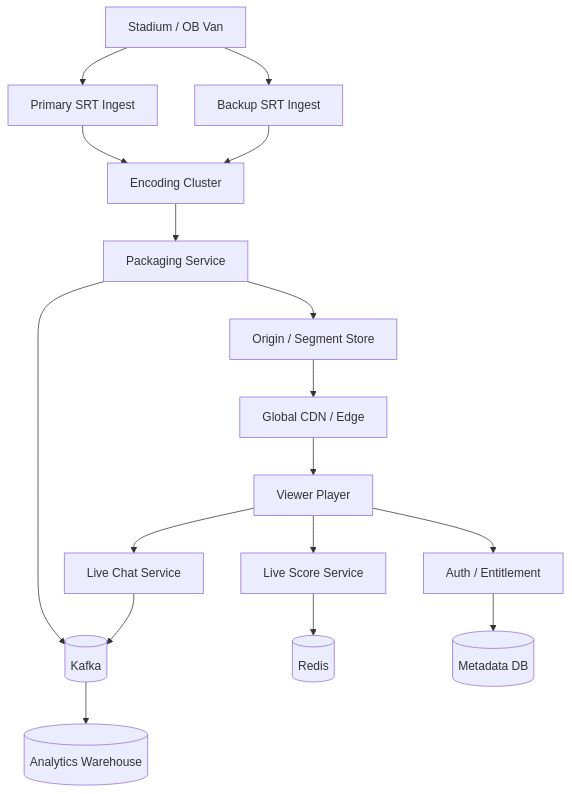
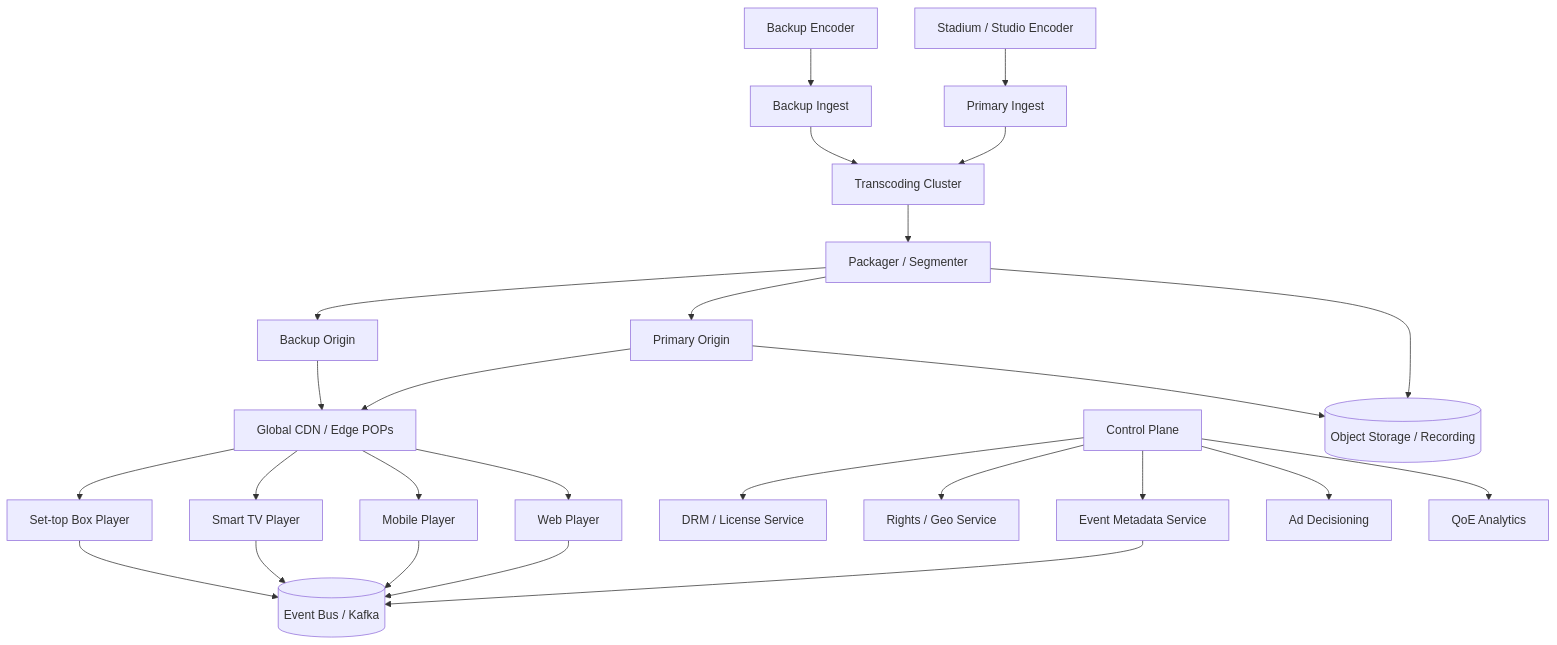
One commit to gojosatoru123-ux/CacheU changed diagram 16 of 16 in src/content/design-a-live-streaming-service.md. Above: the diagram before and after it, drawn with Mermaid. The commit also changed other lines of this file and 13 other files, not shown here.

````diff
--- a/src/content/design-a-live-streaming-service.md
+++ b/src/content/design-a-live-streaming-service.md
@@ -955,37 +1146,57 @@
 ```mermaid
 flowchart TB
-    Stadium[Stadium / OB Van]
-    Ingest1[Primary SRT Ingest]
-    Ingest2[Backup SRT Ingest]
-    Encode[Encoding Cluster]
-    Package[Packaging Service]
-    Origin[Origin / Segment Store]
-    CDN[Global CDN / Edge]
-    Player[Viewer Player]
-    Auth[Auth / Entitlement]
-    Score[Live Score Service]
-    Chat[Live Chat Service]
-    Kafka[(Kafka)]
-    Redis[(Redis)]
-    DB[(Metadata DB)]
-    Analytics[(Analytics Warehouse)]
+    Broadcaster[Stadium / Studio Encoder]
+    BackupBroadcaster[Backup Encoder]
 
-    Stadium --> Ingest1
-    Stadium --> Ingest2
-    Ingest1 --> Encode
-    Ingest2 --> Encode
-    Encode --> Package
-    Package --> Origin
-    Origin --> CDN
-    CDN --> Player
+    Ingest1[Primary Ingest]
+    Ingest2[Backup Ingest]
+    Transcode[Transcoding Cluster]
+    Packager[Packager / Segmenter]
+    Origin1[Primary Origin]
+    Origin2[Backup Origin]
+    CDN[Global CDN / Edge POPs]
 
-    Player --> Auth
-    Player --> Score
-    Player --> Chat
+    Player1[Web Player]
+    Player2[Mobile Player]
+    Player3[Smart TV Player]
+    Player4[Set-top Box Player]
 
-    Package --> Kafka
-    Score --> Redis
-    Chat --> Kafka
-    Kafka --> Analytics
-    Auth --> DB
+    ControlPlane[Control Plane]
+    DRM[DRM / License Service]
+    Rights[Rights / Geo Service]
+    Meta[Event Metadata Service]
+    Ads[Ad Decisioning]
+    Analytics[QoE Analytics]
+    StreamBus[(Event Bus / Kafka)]
+    Archive[(Object Storage / Recording)]
+
+    Broadcaster --> Ingest1
+    BackupBroadcaster --> Ingest2
+    Ingest1 --> Transcode
+    Ingest2 --> Transcode
+    Transcode --> Packager
+    Packager --> Origin1
+    Packager --> Origin2
+    Origin1 --> CDN
+    Origin2 --> CDN
+
+    CDN --> Player1
+    CDN --> Player2
+    CDN --> Player3
+    CDN --> Player4
+
+    ControlPlane --> DRM
+    ControlPlane --> Rights
+    ControlPlane --> Meta
+    ControlPlane --> Ads
+    ControlPlane --> Analytics
+
+    Meta --> StreamBus
+    Player1 --> StreamBus
+    Player2 --> StreamBus
+    Player3 --> StreamBus
+    Player4 --> StreamBus
+
+    Packager --> Archive
+    Origin1 --> Archive
 ```
````
